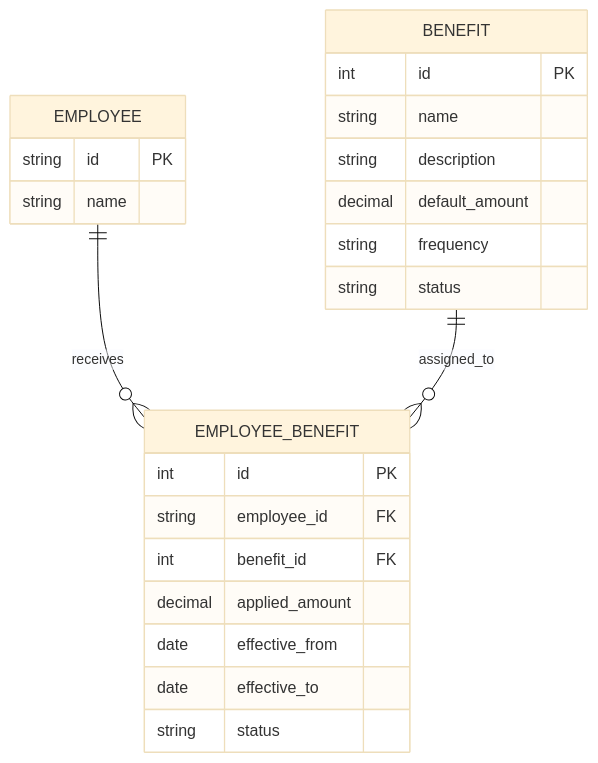
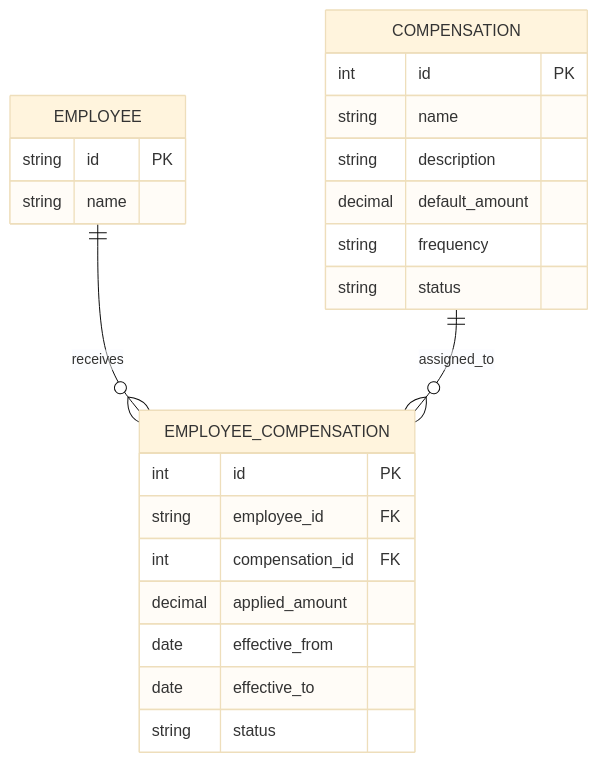
One commit to votrongdao/Copilot.HR changed the fifth of 7 diagrams in docs/payroll/README.md. Above: the diagram before and after it, drawn with Mermaid (base theme). The commit also changed other lines of this file and 9 other files, not shown here.

````diff
--- a/docs/payroll/README.md
+++ b/docs/payroll/README.md
@@ -150,29 +163,29 @@
 ```mermaid
 erDiagram
-    EMPLOYEE ||--o{ EMPLOYEE_BENEFIT : "receives"
-    BENEFIT ||--o{ EMPLOYEE_BENEFIT : "assigned_to"
+    EMPLOYEE ||--o{ EMPLOYEE_COMPENSATION : "receives"
+    COMPENSATION ||--o{ EMPLOYEE_COMPENSATION : "assigned_to"
 
     EMPLOYEE {
         string id PK
         string name
     }
 
-    BENEFIT {
+    COMPENSATION {
         int id PK
         string name
         string description
         decimal default_amount
         string frequency
         string status
     }
 
-    EMPLOYEE_BENEFIT {
+    EMPLOYEE_COMPENSATION {
         int id PK
         string employee_id FK
-        int benefit_id FK
+        int compensation_id FK
         decimal applied_amount
         date effective_from
         date effective_to
         string status
     }
 ```
````
